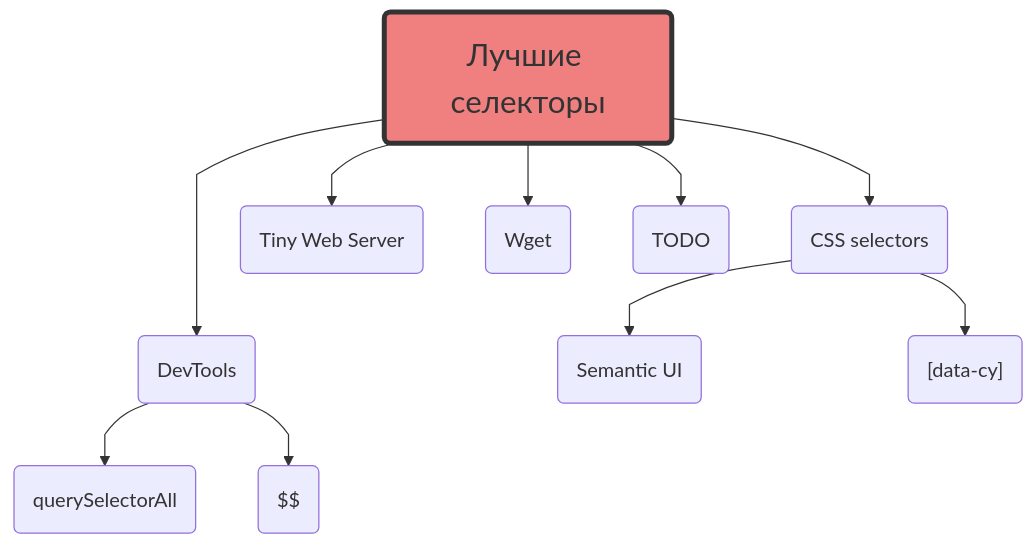
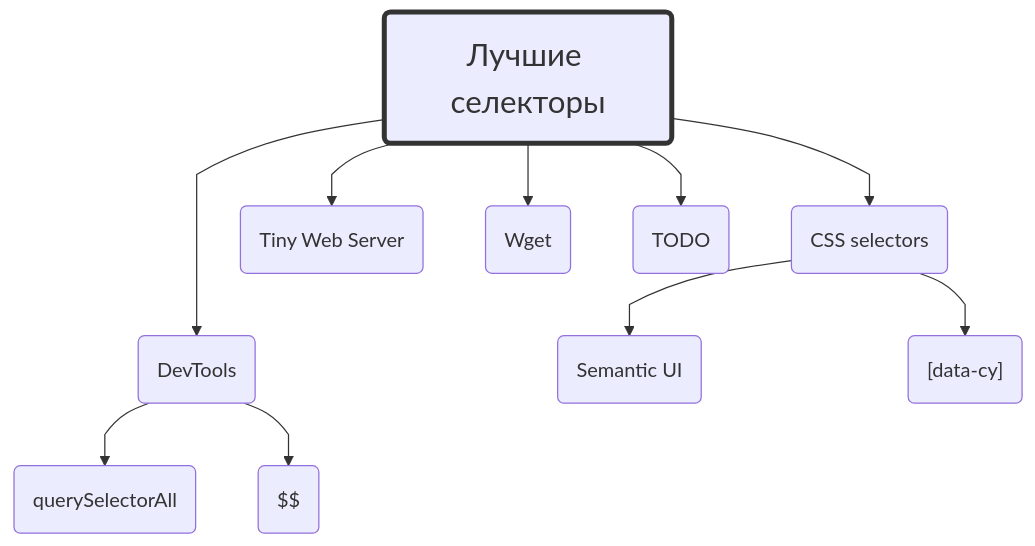
The second of 4 diagrams in README.md (open-tutorials/cypress), drawn with Mermaid before and after one commit. The commit also changed other lines of this file and 1 other file, not shown here.

````diff
--- a/README.md
+++ b/README.md
@@ -100,21 +100,21 @@
 ```mermaid
 %%{ init: { 'flowchart': { 'curve': 'monotoneX' } } }%%
 flowchart TB
 best_selectors(<span style='font-size:25px'>Лучшие селекторы</span>)
 best_selectors ---> dev_tools(DevTools)
 
 dev_tools --> query_selector_all(querySelectorAll)
 dev_tools --> $$($$)
 
 best_selectors --> css_selectors(CSS selectors)
 css_selectors --> semantic_ui(Semantic UI)
 css_selectors --> data_cy("[data-cy]")
 
 best_selectors --> tiny_web_server(Tiny Web Server)
 best_selectors --> wget(Wget)
 
 best_selectors --> js_TODO(TODO)
 
-style best_selectors fill:LightCoral,stroke:#333,stroke-width:4px
+style best_selectors stroke:#333,stroke-width:4px
 click best_selectors "https://md.epic1h.com/best_selectors" _blank
 ```
````
